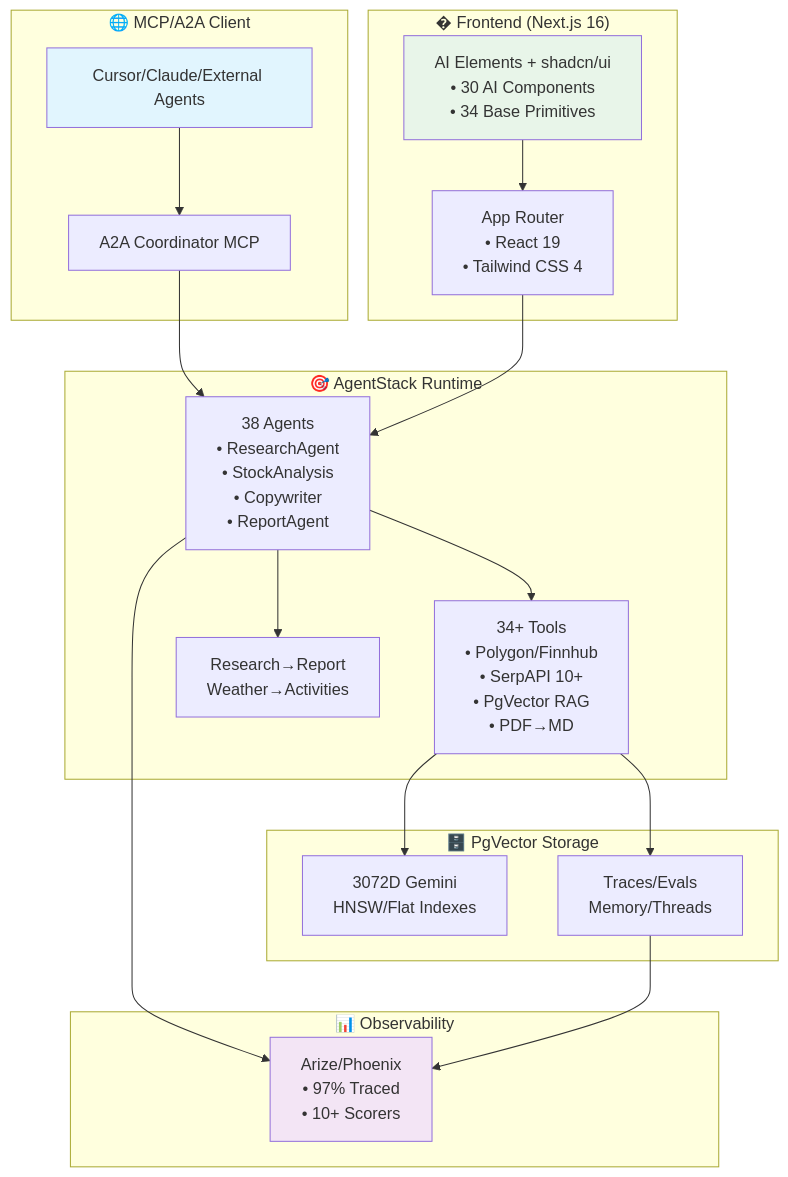
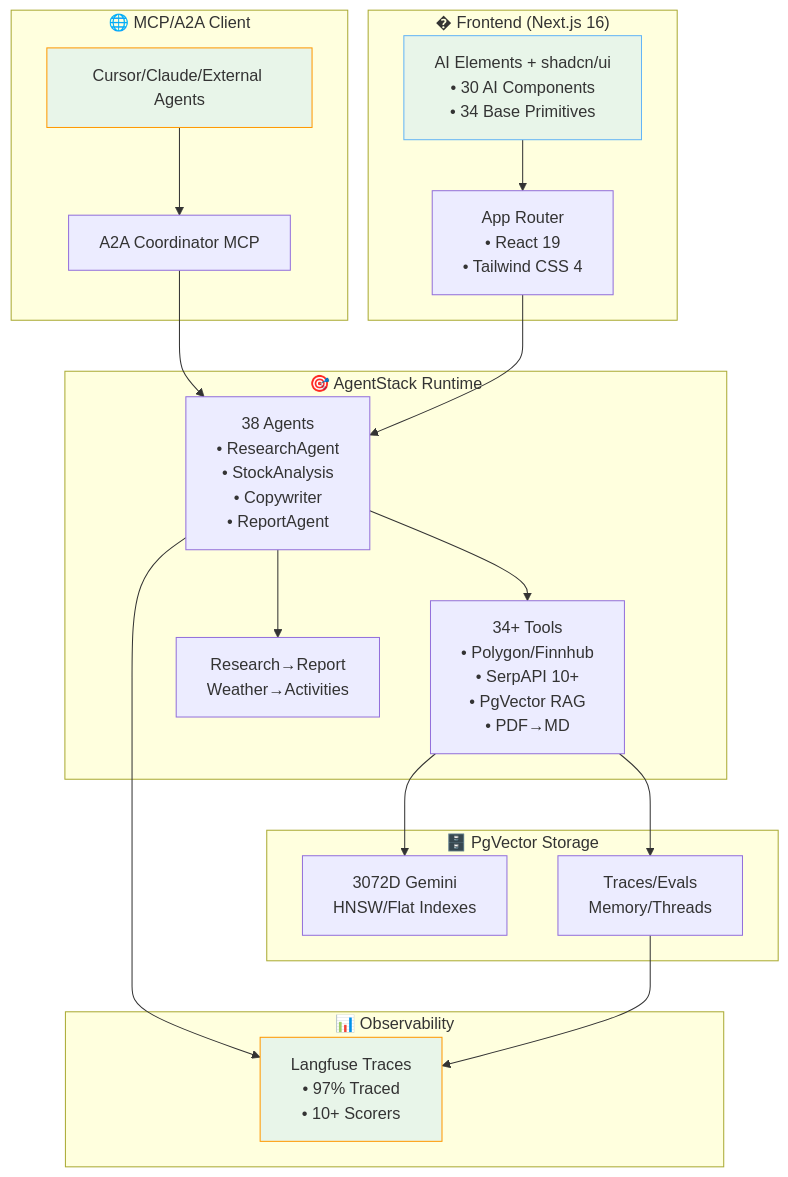
The first of 5 diagrams in README.md (ssdeanx/AgentStack), drawn with Mermaid before and after one commit. The commit also changed other lines of this file, not shown here.

First line of the commit message:
feat: update observability and system flowchart in README

````diff
--- a/README.md
+++ b/README.md
@@ -86,34 +86,34 @@
 ```mermaid
 graph TB
     subgraph "� Frontend (Next.js 16)"
         UI[AI Elements + shadcn/ui<br/>• 30 AI Components<br/>• 34 Base Primitives]
         App[App Router<br/>• React 19<br/>• Tailwind CSS 4]
     end
 
     subgraph "🌐 MCP/A2A Client"
         Client[Cursor/Claude/External Agents] --> Coord[A2A Coordinator MCP]
     end
 
     subgraph "🎯 AgentStack Runtime"
         Coord --> Agents[38 Agents<br/>• ResearchAgent<br/>• StockAnalysis<br/>• Copywriter<br/>• ReportAgent]
         Agents --> Tools[34+ Tools<br/>• Polygon/Finnhub<br/>• SerpAPI 10+<br/>• PgVector RAG<br/>• PDF→MD]
         Agents --> Workflows[Research→Report<br/>Weather→Activities]
     end
 
     subgraph "🗄️ PgVector Storage"
         Tools --> Embeddings[3072D Gemini<br/>HNSW/Flat Indexes]
         Tools --> Postgres[Traces/Evals<br/>Memory/Threads]
     end
 
     subgraph "📊 Observability"
-        Agents --> Arize[Arize/Phoenix<br/>• 97% Traced<br/>• 10+ Scorers]
-        Postgres --> Arize
+        Agents --> Langfuse[Langfuse Traces<br/>• 97% Traced<br/>• 10+ Scorers]
+        Postgres --> Langfuse
     end
 
     UI --> App
     App --> Agents
 
-    style Client fill:#e1f5fe
-    style Arize fill:#f3e5f5
-    style UI fill:#e8f5e9
+    style Client fill:#e8f5e9,stroke:#ff9800
+    style Langfuse fill:#e8f5e9,stroke:#ff9800
+    style UI fill:#e8f5e9,stroke:#64b5f6
 ```
````
